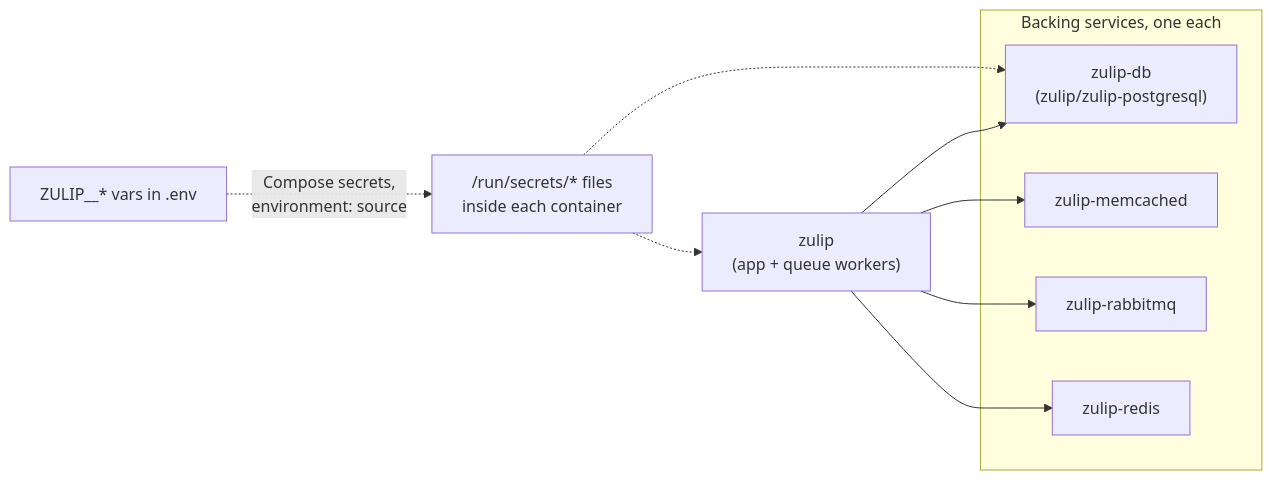
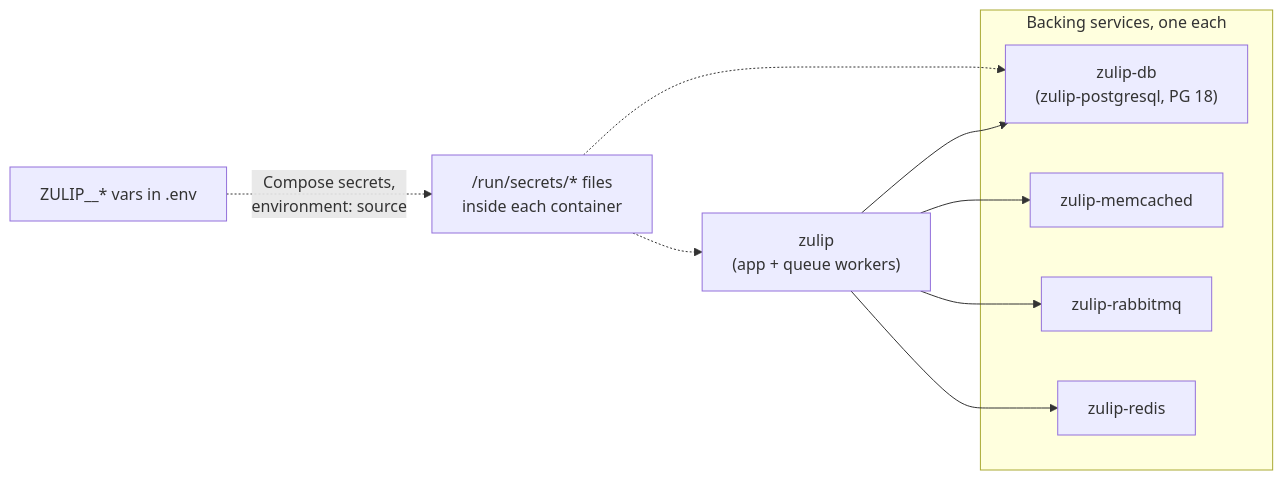
Before and after one commit to rajubhimani/homeserver: the first of 2 diagrams in docs/services/zulip.md, drawn with Mermaid. The commit also changed other lines of this file and 5 other files, not shown here.

First line of the commit message:
feat(zulip): zulip-db on PostgreSQL 18 (Zulip's own Dockerfile-postgresql)

````diff
--- a/docs/services/zulip.md
+++ b/docs/services/zulip.md
@@ -41,16 +41,16 @@
 ```mermaid
 flowchart LR
     subgraph Backing["Backing services, one each"]
-        DB["zulip-db<br/>(zulip/zulip-postgresql)"]
+        DB["zulip-db<br/>(zulip-postgresql, PG 18)"]
         MC[zulip-memcached]
         RMQ[zulip-rabbitmq]
         RD[zulip-redis]
     end
     Z["zulip<br/>(app + queue workers)"] --> DB
     Z --> MC
     Z --> RMQ
     Z --> RD
     Secrets["ZULIP__* vars in .env"] -.->|Compose secrets,<br/>environment: source| Files["/run/secrets/* files<br/>inside each container"]
     Files -.-> Z
     Files -.-> DB
 ```
````
